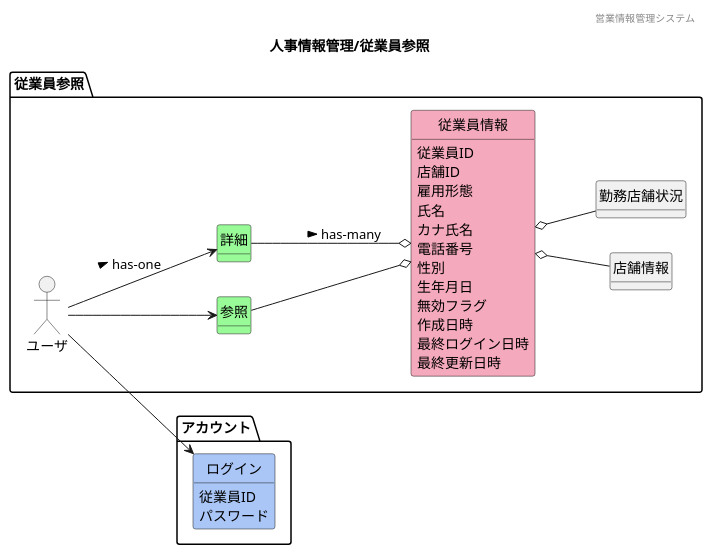
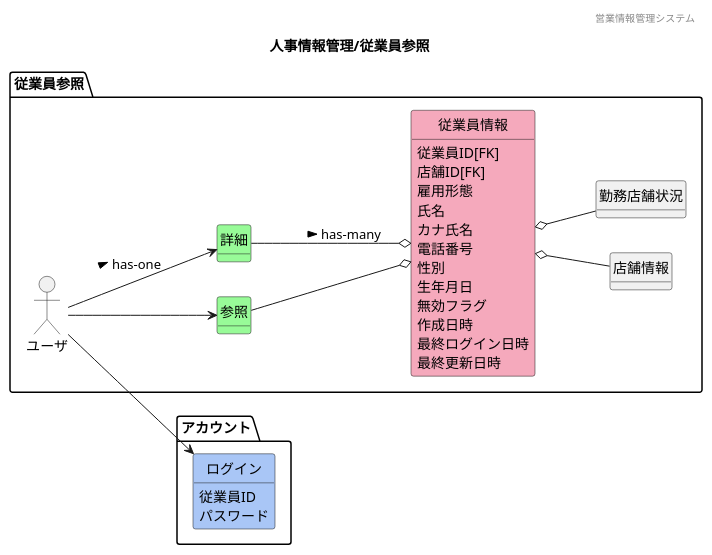
The diagram in 各種設計書/1ドメインモデル図/人事情報管理/F12従業員参照.plantuml (HaruShim/Sotuken), drawn with PlantUML before and after one commit. The commit also changed 11 other files, not shown here.

```diff
--- a/各種設計書/1ドメインモデル図/人事情報管理/F12従業員参照.plantuml
+++ b/各種設計書/1ドメインモデル図/人事情報管理/F12従業員参照.plantuml
@@ -1,68 +1,68 @@
 @startuml ../images/人事情報管理/従業員参照
 ' ヘッダー
 header 営業情報管理システム
 ' タイトル
 title 人事情報管理/従業員参照
 ' 
 hide circle
 ' 
 hide method
 left to right direction
 
 package "アカウント"{
     class "ログイン" #A9C6F6
 
 }
 
 package "従業員参照" {
     'ユーザや外部システム
     mix_actor "ユーザ"
     class "参照" #98fb98
     class "詳細" #98fb98
     class "従業員情報" #F5A9BC
     class "店舗情報"
     class "勤務店舗状況"
 }
     ' package "マスタ管理"{
     ' }
     ' class "" #F5A9BC
     ' class "" #ffd700
 
     'モデル同士の関係
     ユーザ --> 参照
     ユーザ --> 詳細: > has-one
     ユーザ --> ログイン
     参照 --o 従業員情報
     詳細 --o 従業員情報 : > has-many
     従業員情報 o-- 勤務店舗状況
     ' 従業員情報 o-- マスタ管理
     従業員情報 o-- 店舗情報
 
     'ドメインクラスの属性
-    従業員情報 : 従業員ID
-    従業員情報 : 店舗ID
+    従業員情報 : 従業員ID[FK]
+    従業員情報 : 店舗ID[FK]
     従業員情報 : 雇用形態
     従業員情報 : 氏名
     従業員情報 : カナ氏名
     従業員情報 : 電話番号
     従業員情報 : 性別
     従業員情報 : 生年月日
     従業員情報 : 無効フラグ
     従業員情報 : 作成日時
     従業員情報 : 最終ログイン日時
     従業員情報 : 最終更新日時
     ' 店舗情報 : 店舗名
     ' 店舗情報 : 住所
     ' 店舗情報 : 連絡先
     ' 店舗情報 : 店長
     ' 店舗情報 : 主な従業員
     ' 勤務店舗状況 : 店舗名
     ' 勤務店舗状況 : 従業員数
     ' 勤務店舗状況 : 責任者
     ログイン : 従業員ID
     ログイン : パスワード
 
 
 
 
 @enduml
```
